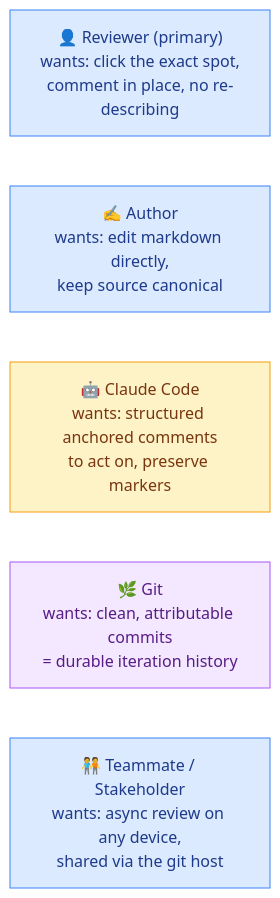
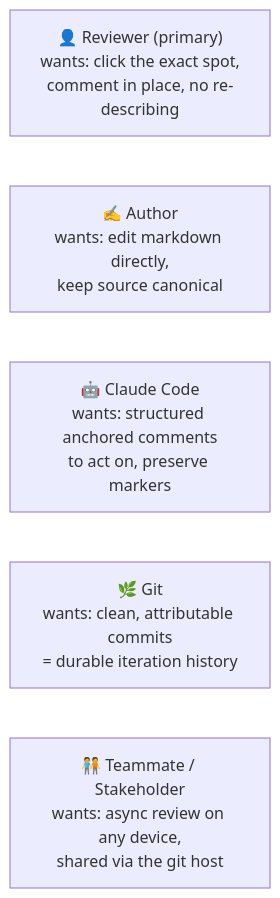
One commit to omars-lab/omars-lab.github.io changed the second of 15 diagrams in bytesofpurpose-blog/designs/2026-06-22-markdown-review-studio.mdx. Above: the diagram before and after it, drawn with Mermaid. The commit also changed other lines of this file and 6 other files, not shown here.

First line of the commit message:
feat(designs): on-brand mermaid theme + dark-mode-adaptive diagrams

````diff
--- a/bytesofpurpose-blog/designs/2026-06-22-markdown-review-studio.mdx
+++ b/bytesofpurpose-blog/designs/2026-06-22-markdown-review-studio.mdx
@@ -125,15 +117,9 @@
 ```mermaid
 graph LR
     REV["👤 Reviewer (primary)<br/>wants: click the exact spot,<br/>comment in place, no re-describing"]
     AUTH["✍️ Author<br/>wants: edit markdown directly,<br/>keep source canonical"]
     CC["🤖 Claude Code<br/>wants: structured anchored comments<br/>to act on, preserve markers"]
     GIT["🌿 Git<br/>wants: clean, attributable commits<br/>= durable iteration history"]
     TEAM["🧑‍🤝‍🧑 Teammate / Stakeholder<br/>wants: async review on any device,<br/>shared via the git host"]
 
-    classDef actor fill:#dbeafe,stroke:#3b82f6,color:#1e3a8a
-    classDef agent fill:#fef3c7,stroke:#f59e0b,color:#78350f
-    classDef store fill:#f3e8ff,stroke:#a855f7,color:#581c87
-    class REV,AUTH,TEAM actor
-    class CC agent
-    class GIT store
 ```
````
